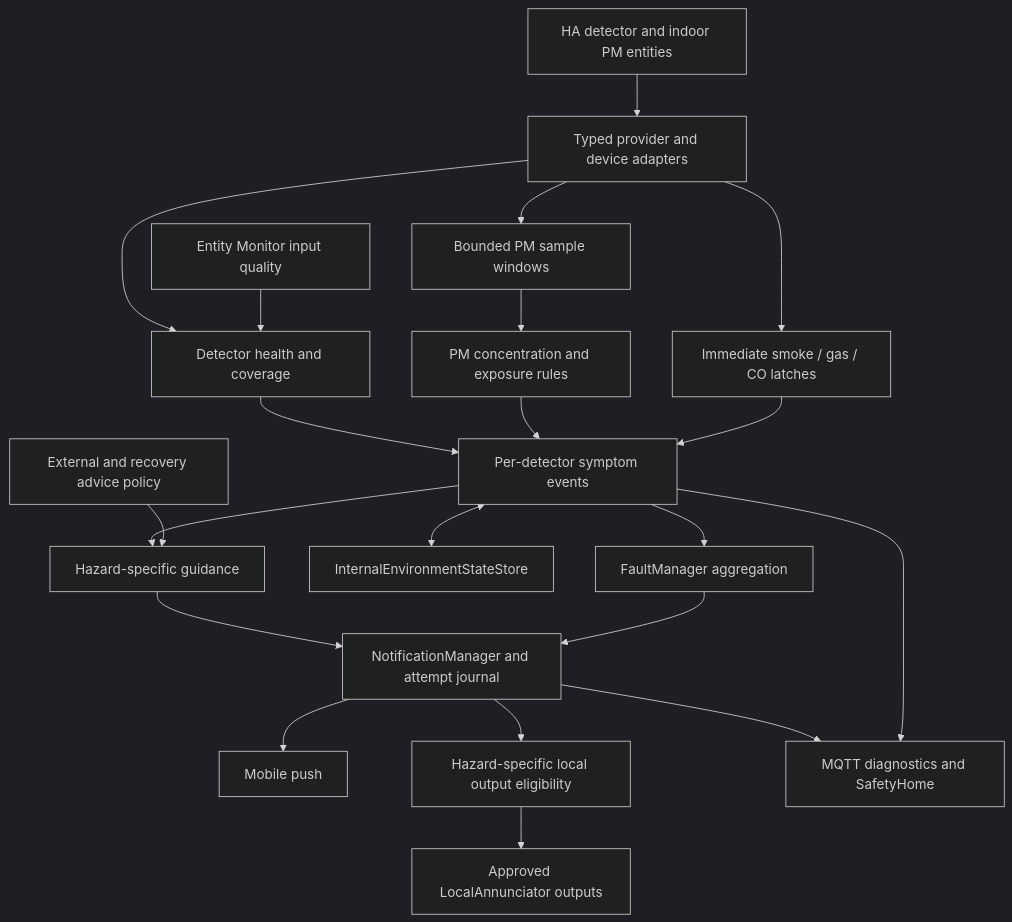
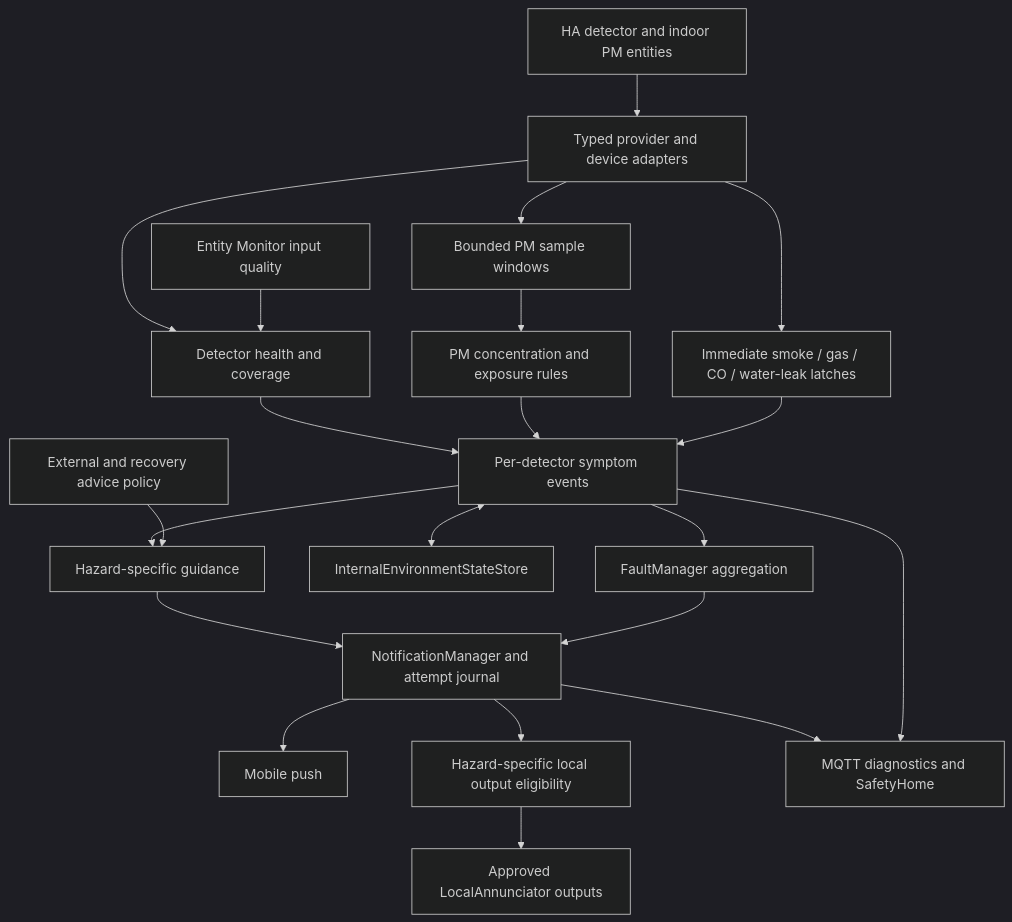
The diagram in docs/features/Internal Environmental Hazard Monitoring - Architecture.md (Arkaqius/SafetyComponent), drawn with Mermaid (dark theme) before and after one commit. The commit also changed other lines of this file and 23 other files, not shown here.

Commit message:
Add water leak sensor monitoring

````diff
--- a/docs/features/Internal Environmental Hazard Monitoring - Architecture.md
+++ b/docs/features/Internal Environmental Hazard Monitoring - Architecture.md
@@ -39,23 +39,23 @@
 ```mermaid
 flowchart TD
     HA[HA detector and indoor PM entities] --> AD[Typed provider and device adapters]
-    AD --> AL[Immediate smoke / gas / CO latches]
+    AD --> AL[Immediate smoke / gas / CO / water-leak latches]
     AD --> PM[Bounded PM sample windows]
     EH[Entity Monitor input quality] --> Q[Detector health and coverage]
     AD --> Q
     PM --> PR[PM concentration and exposure rules]
     AL --> SY[Per-detector symptom events]
     PR --> SY
     Q --> SY
     SY --> FM[FaultManager aggregation]
     SY <--> ST[InternalEnvironmentStateStore]
     FM --> NM[NotificationManager and attempt journal]
     NM --> MP[Mobile push]
     NM --> LP[Hazard-specific local output eligibility]
     LP --> LA[Approved LocalAnnunciator outputs]
     EX[External and recovery advice policy] --> GD[Hazard-specific guidance]
     SY --> GD
     GD --> NM
     SY --> UI[MQTT diagnostics and SafetyHome]
     NM --> UI
 ```
````
